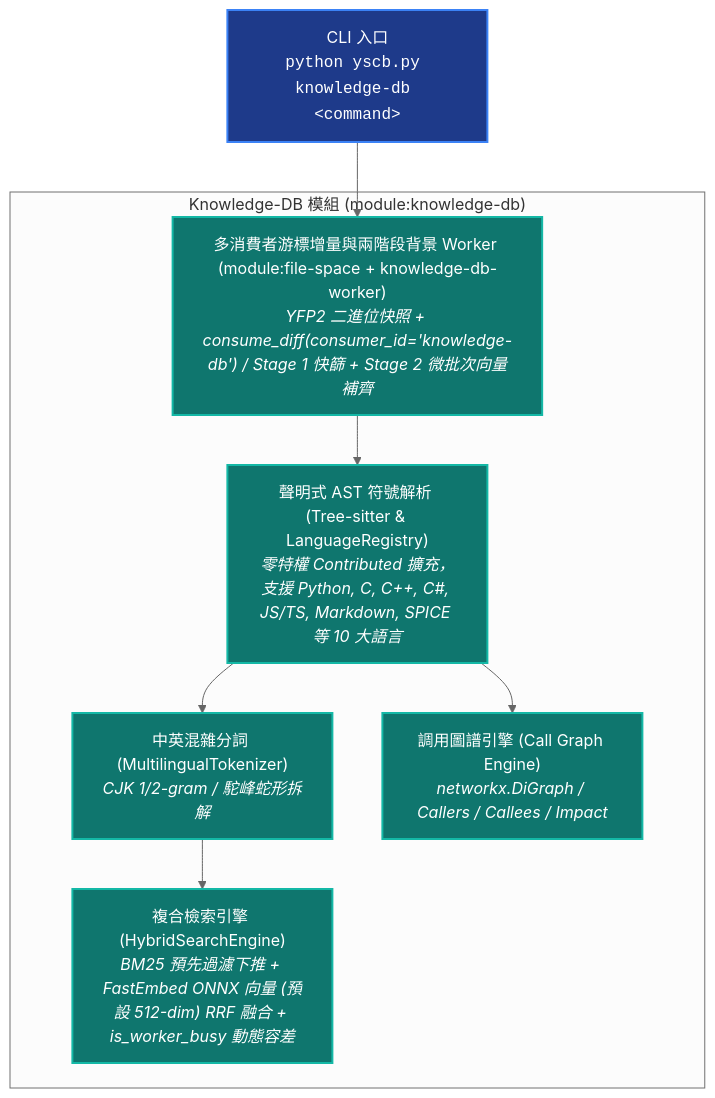
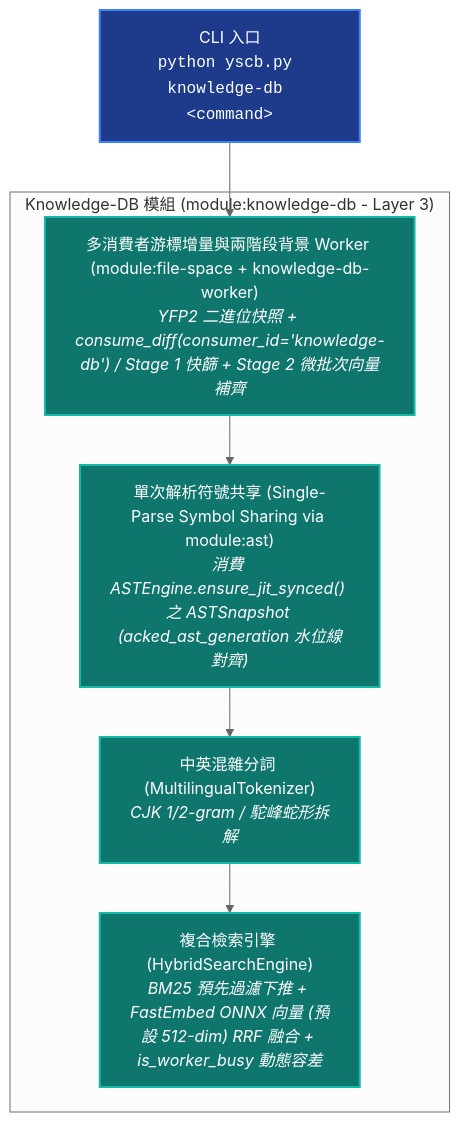
One commit to ysnaive/ys-codebase changed the diagram in ys_codebase/source/knowledge-db/README.md. Above: the diagram before and after it, drawn with Mermaid (neutral theme). The commit also changed other lines of this file and 204 other files, not shown here.

First line of the commit message:
feat(ast,file-space,knowledge-db): modularize ast engine, execute Mode A convergence cleanup, and release v1.0.0/v1.2.0

````diff
--- a/ys_codebase/source/knowledge-db/README.md
+++ b/ys_codebase/source/knowledge-db/README.md
@@ -41,21 +41,19 @@
 ```mermaid
 graph TD
     classDef main fill:#1e3a8a,stroke:#3b82f6,stroke-width:2px,color:#fff;
     classDef sub fill:#0f766e,stroke:#14b8a6,stroke-width:2px,color:#fff;
 
     CLI["CLI 入口<br/><code>python yscb.py knowledge-db &lt;command&gt;</code>"]:::main
 
-    subgraph KnowledgeDBModule ["Knowledge-DB 模組 (module:knowledge-db)"]
+    subgraph KnowledgeDBModule ["Knowledge-DB 模組 (module:knowledge-db - Layer 3)"]
         Scanner["多消費者游標增量與兩階段背景 Worker (module:file-space + knowledge-db-worker)<br/><i>YFP2 二進位快照 + consume_diff(consumer_id='knowledge-db') / Stage 1 快篩 + Stage 2 微批次向量補齊</i>"]:::sub
-        Parsers["聲明式 AST 符號解析 (Tree-sitter & LanguageRegistry)<br/><i>零特權 Contributed 擴充，支援 Python, C, C++, C#, JS/TS, Markdown, SPICE 等 10 大語言</i>"]:::sub
+        ASTConsumer["單次解析符號共享 (Single-Parse Symbol Sharing via module:ast)<br/><i>消費 ASTEngine.ensure_jit_synced() 之 ASTSnapshot (acked_ast_generation 水位線對齊)</i>"]:::sub
         Tokenizer["中英混雜分詞 (MultilingualTokenizer)<br/><i>CJK 1/2-gram / 駝峰蛇形拆解</i>"]:::sub
         Retrieval["複合檢索引擎 (HybridSearchEngine)<br/><i>BM25 預先過濾下推 + FastEmbed ONNX 向量 (預設 512-dim) RRF 融合 + is_worker_busy 動態容差</i>"]:::sub
-        Graph["調用圖譜引擎 (Call Graph Engine)<br/><i>networkx.DiGraph / Callers / Callees / Impact</i>"]:::sub
     end
 
     CLI --> Scanner
-    Scanner --> Parsers
-    Parsers --> Tokenizer
+    Scanner --> ASTConsumer
+    ASTConsumer --> Tokenizer
     Tokenizer --> Retrieval
-    Parsers --> Graph
 ```
````
